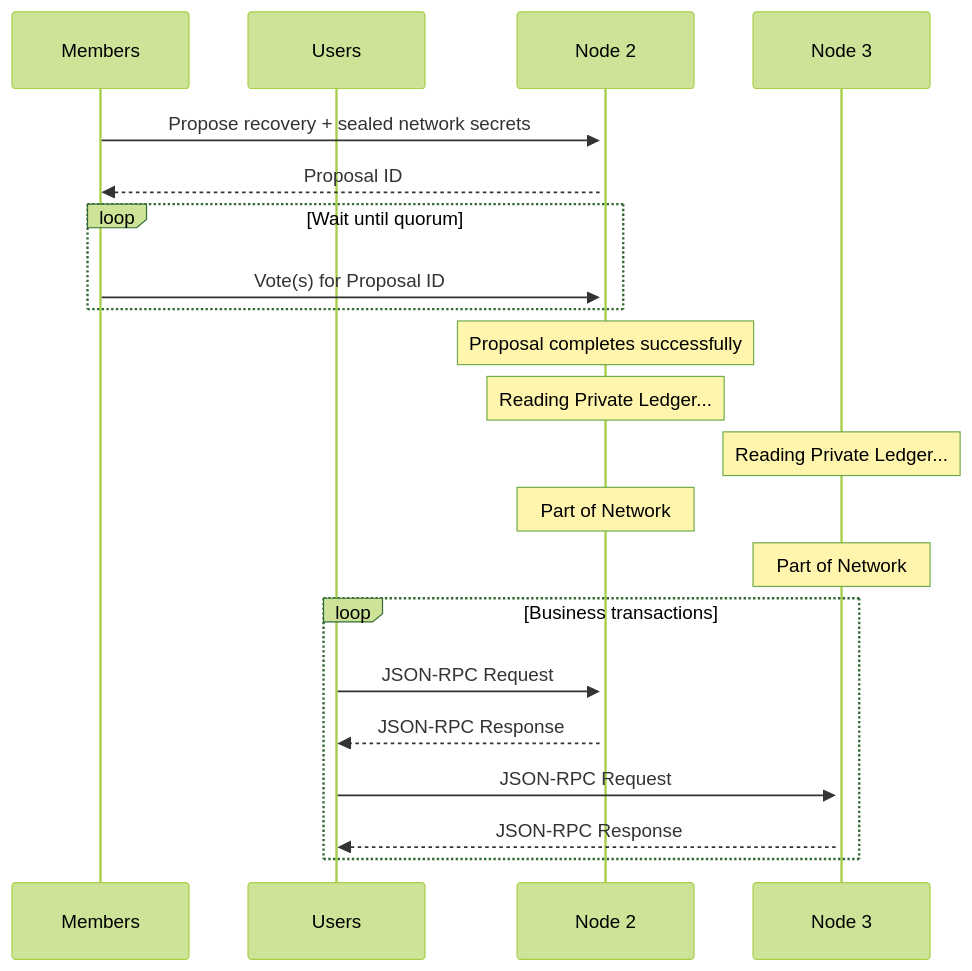
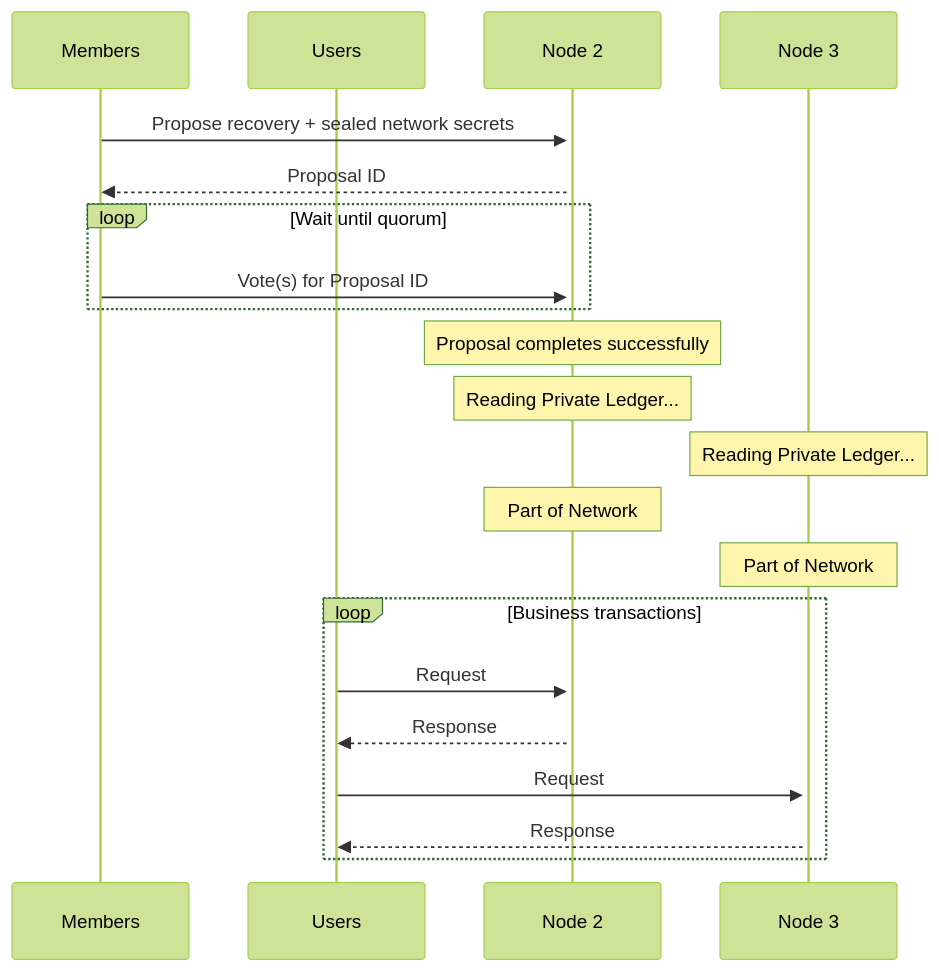
Before and after one commit to microsoft/CCF: the diagram in sphinx/source/members/common_member_operations.rst, drawn with Mermaid (forest theme). The commit also changed other lines of this file, not shown here.

```diff
--- a/sphinx/source/members/common_member_operations.rst
+++ b/sphinx/source/members/common_member_operations.rst
@@ -84,27 +82,27 @@
 .. mermaid::
 
     sequenceDiagram
         participant Members
         participant Users
         participant Node 2
         participant Node 3
 
         Members->>+Node 2: Propose recovery + sealed network secrets
         Node 2-->>Members: Proposal ID
         loop Wait until quorum
             Members->>+Node 2: Vote(s) for Proposal ID
         end
         Note over Node 2: Proposal completes successfully
 
         Note over Node 2: Reading Private Ledger...
         Note over Node 3: Reading Private Ledger...
 
         Note over Node 2: Part of Network
         Note over Node 3: Part of Network
 
         loop Business transactions
-            Users->>+Node 2: JSON-RPC Request
-            Node 2-->>Users: JSON-RPC Response
-            Users->>+Node 3: JSON-RPC Request
-            Node 3-->>Users: JSON-RPC Response
+            Users->>+Node 2: Request
+            Node 2-->>Users: Response
+            Users->>+Node 3: Request
+            Node 3-->>Users: Response
         end
```
